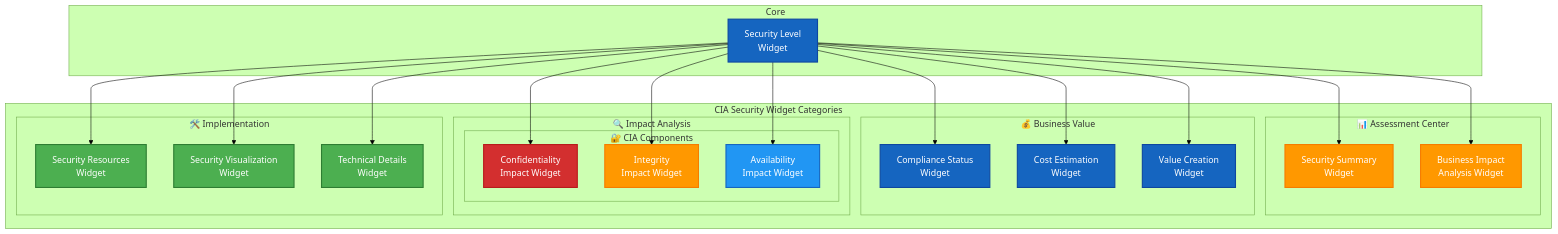
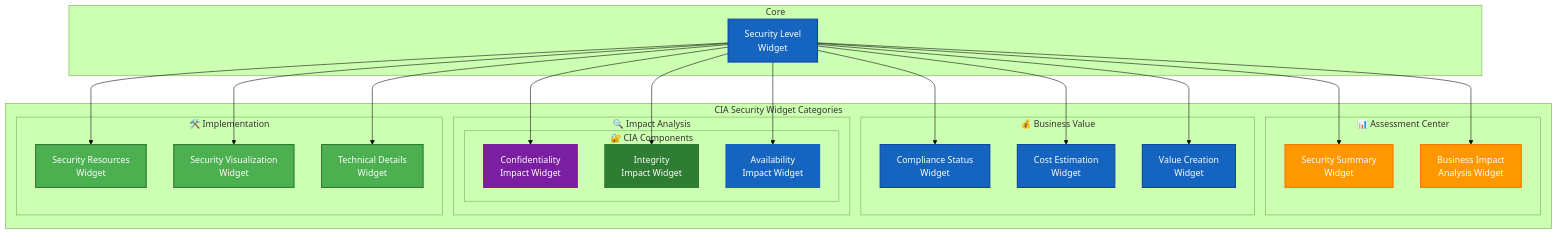
Before and after one commit to Hack23/cia-compliance-manager: the second of 8 diagrams in docs/architecture/SYSTEM_ARCHITECTURE.md, drawn with Mermaid (forest theme). The commit also changed 6 other files, not shown here.

````diff
--- a/docs/architecture/SYSTEM_ARCHITECTURE.md
+++ b/docs/architecture/SYSTEM_ARCHITECTURE.md
@@ -77,57 +77,57 @@
 ```mermaid
 flowchart TB
     subgraph Core
         SLW[Security Level<br>Widget]
     end
 
     subgraph Categories ["CIA Security Widget Categories"]
         subgraph Assessment ["📊 Assessment Center"]
             SSW[Security Summary<br>Widget]
             BIAW[Business Impact<br>Analysis Widget]
         end
         
         subgraph Business ["💰 Business Value"]
             CSW[Compliance Status<br>Widget]
             CEW[Cost Estimation<br>Widget]
             VCW[Value Creation<br>Widget]
         end
         
         subgraph Impact ["🔍 Impact Analysis"]
             subgraph CIA ["🔐 CIA Components"]
                 CIW[Confidentiality<br>Impact Widget]
                 IIW[Integrity<br>Impact Widget]
                 AIW[Availability<br>Impact Widget]
             end
         end
         
         subgraph Implementation ["🛠️ Implementation"]
             SRW[Security Resources<br>Widget]
             SVW[Security Visualization<br>Widget]
             TDW[Technical Details<br>Widget]
         end
     end
     
     SLW --> SSW & BIAW
     SLW --> CSW & CEW & VCW
     SLW --> CIW & IIW & AIW
     SLW --> SRW & SVW & TDW
     
     %% Apply styles using class definitions
     classDef core fill:#1565C0,stroke:#0D47A1,stroke-width:2px,color:#ffffff
     classDef assessment fill:#FF9800,stroke:#F57C00,stroke-width:2px,color:#ffffff
     classDef business fill:#1565C0,stroke:#0D47A1,stroke-width:2px,color:#ffffff
     classDef impact fill:#D32F2F,stroke:#B71C1C,stroke-width:2px,color:#ffffff
     classDef implementation fill:#4CAF50,stroke:#2E7D32,stroke-width:2px,color:#ffffff
-    classDef confidentiality fill:#D32F2F,stroke:#B71C1C,stroke-width:2px,color:#ffffff
-    classDef integrity fill:#FF9800,stroke:#F57C00,stroke-width:2px,color:#ffffff
-    classDef availability fill:#2196F3,stroke:#1565C0,stroke-width:2px,color:#ffffff
+    classDef confidentiality fill:#7B1FA2,stroke:#7B1FA2,stroke-width:2px,color:#ffffff
+    classDef integrity fill:#2E7D32,stroke:#2E7D32,stroke-width:2px,color:#ffffff
+    classDef availability fill:#1565C0,stroke:#1565C0,stroke-width:2px,color:#ffffff
     
     %% Apply classes to nodes
     class SLW core
     class SSW,BIAW assessment
     class CSW,CEW,VCW business
     class CIW confidentiality
     class IIW integrity
     class AIW availability
     class SRW,SVW,TDW implementation
 ```
````
